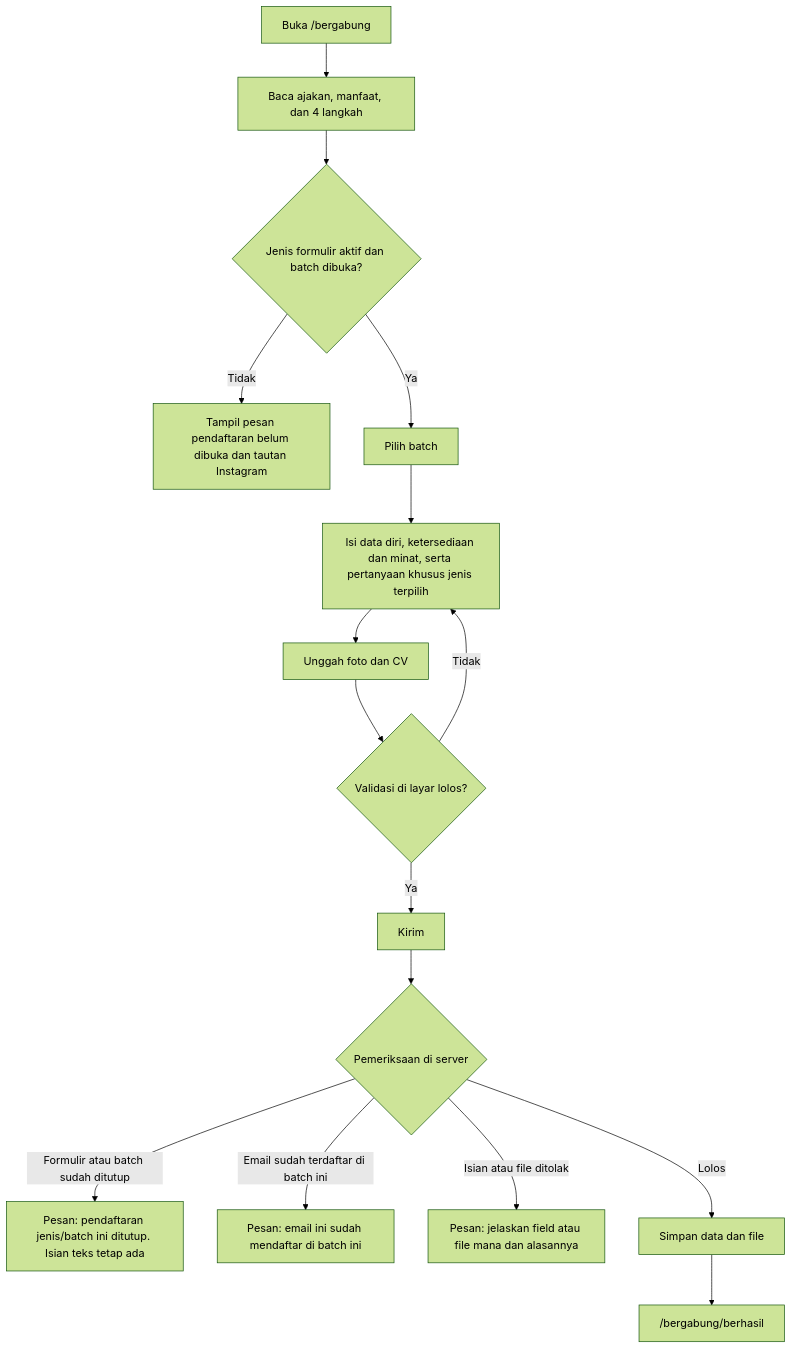
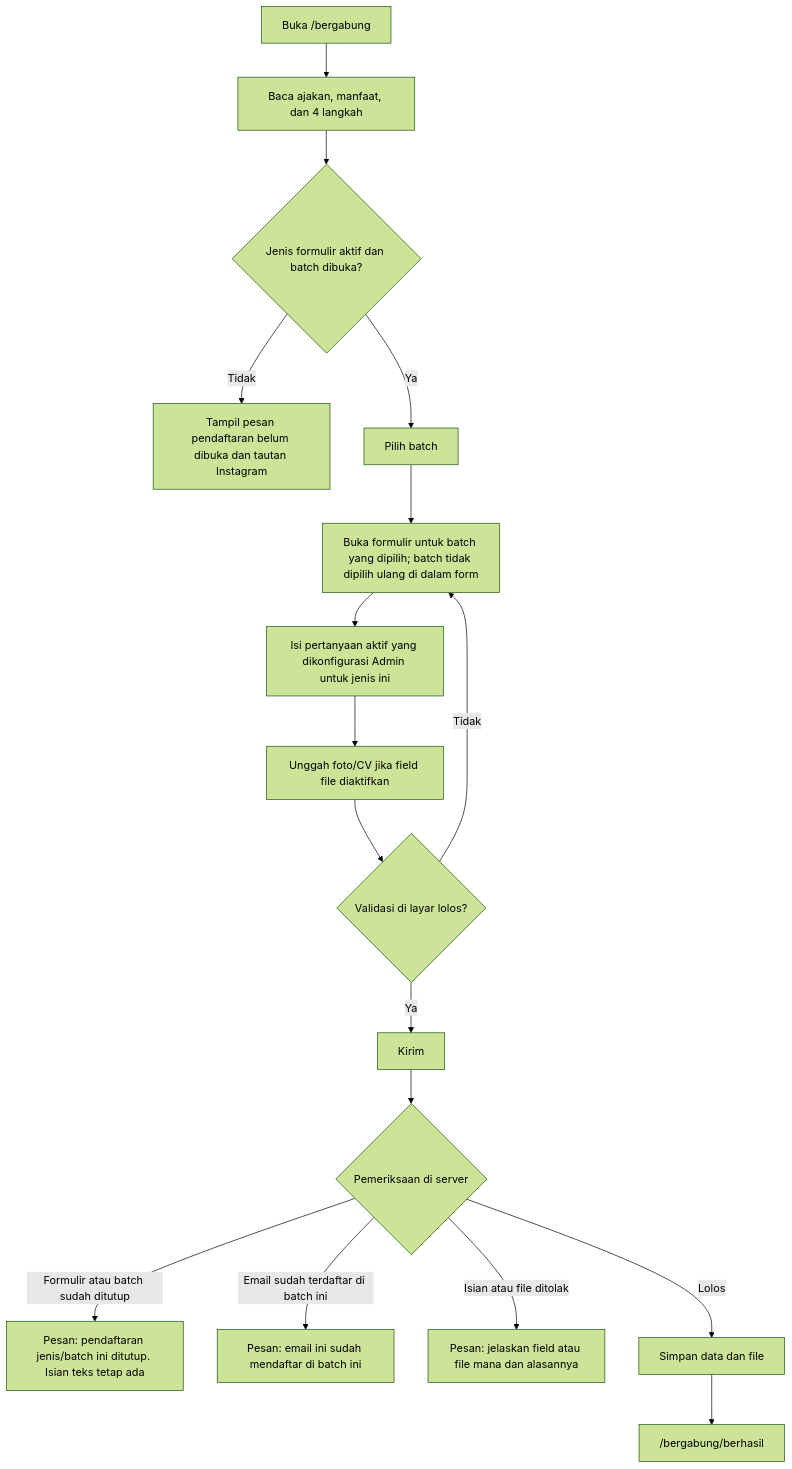
The second of 10 diagrams in docs/USERFLOW.md (zeovarince/Papua-future-project), drawn with Mermaid (forest theme) before and after one commit. The commit also changed other lines of this file and 66 other files, not shown here.

````diff
--- a/docs/USERFLOW.md
+++ b/docs/USERFLOW.md
@@ -66,18 +68,19 @@
 ```mermaid
 flowchart TD
   A["Buka /bergabung"] --> B["Baca ajakan, manfaat, dan 4 langkah"]
   B --> C{"Jenis formulir aktif dan batch dibuka?"}
   C -- "Tidak" --> D["Tampil pesan pendaftaran belum dibuka dan tautan Instagram"]
   C -- "Ya" --> E["Pilih batch"]
-  E --> F["Isi data diri, ketersediaan dan minat, serta pertanyaan khusus jenis terpilih"]
-  F --> G["Unggah foto dan CV"]
+  E --> F["Buka formulir untuk batch yang dipilih; batch tidak dipilih ulang di dalam form"]
+  F --> F2["Isi pertanyaan aktif yang dikonfigurasi Admin untuk jenis ini"]
+  F2 --> G["Unggah foto/CV jika field file diaktifkan"]
   G --> H{"Validasi di layar lolos?"}
   H -- "Tidak" --> F
   H -- "Ya" --> I["Kirim"]
   I --> J{"Pemeriksaan di server"}
   J -- "Formulir atau batch sudah ditutup" --> K["Pesan: pendaftaran jenis/batch ini ditutup. Isian teks tetap ada"]
   J -- "Email sudah terdaftar di batch ini" --> L["Pesan: email ini sudah mendaftar di batch ini"]
   J -- "Isian atau file ditolak" --> M["Pesan: jelaskan field atau file mana dan alasannya"]
   J -- "Lolos" --> N["Simpan data dan file"]
   N --> O["/bergabung/berhasil"]
 ```
````
